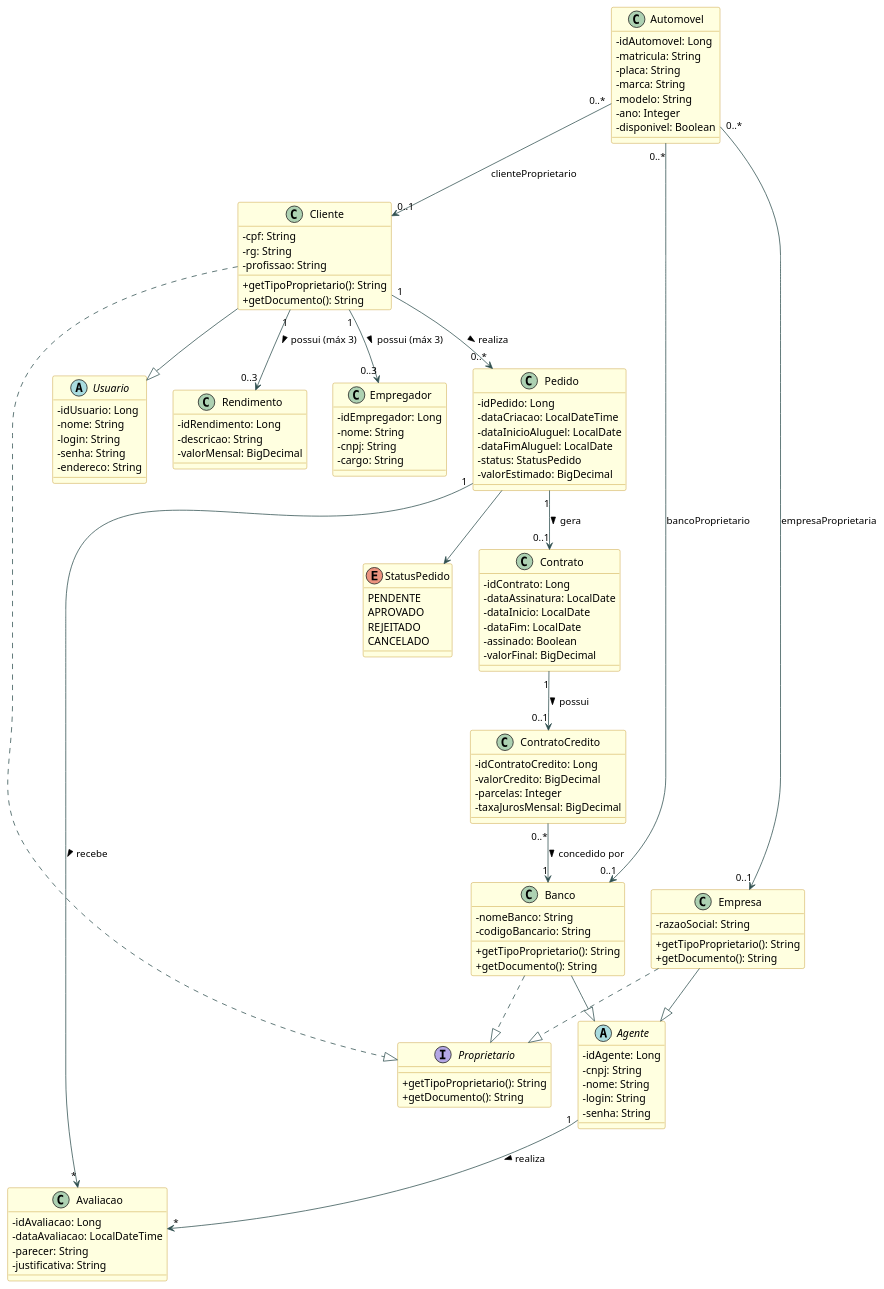
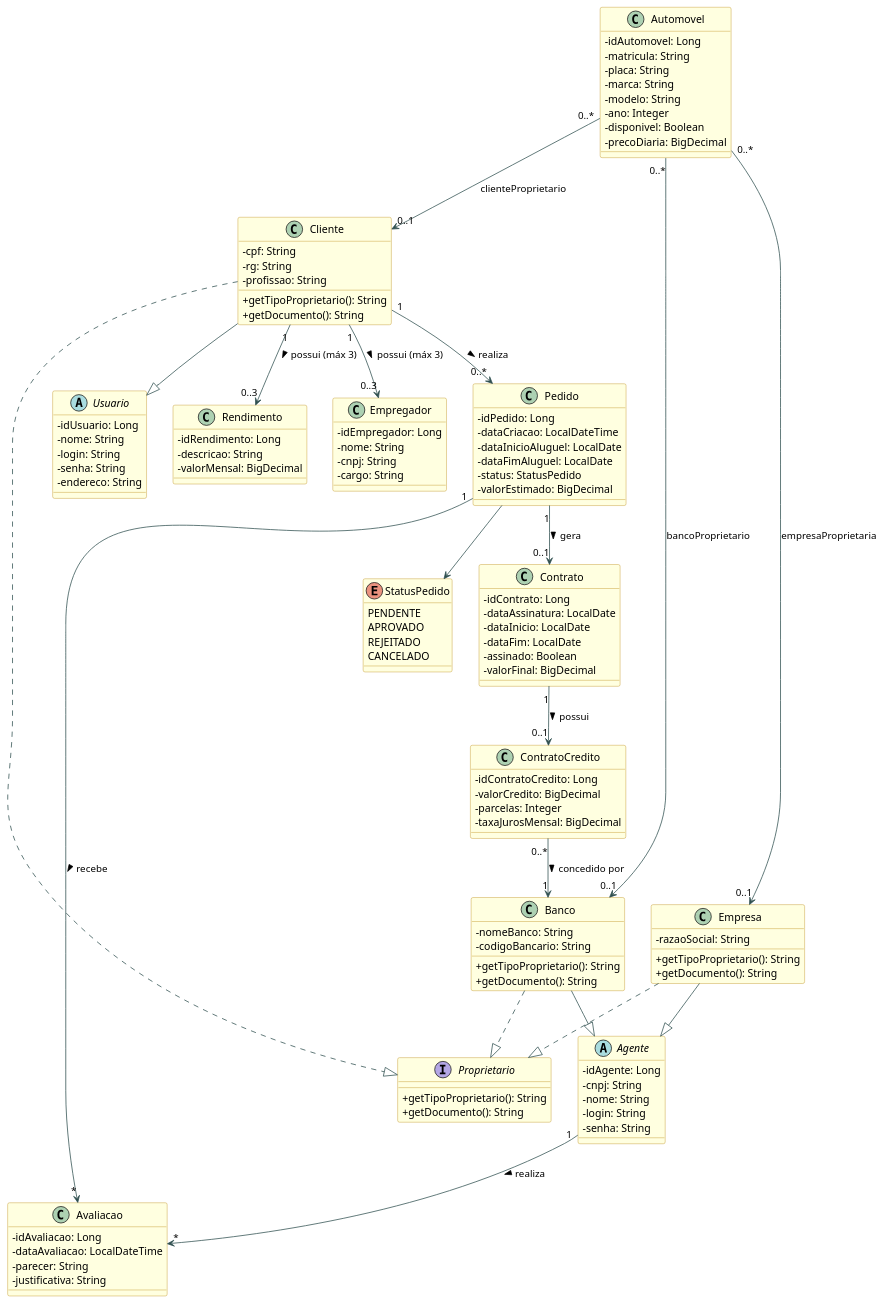
Before and after one commit to arthurcbretas/Sistema_de_Aluguel_de_Carros: the diagram in docs/uml/diagrama-classes.puml, drawn with PlantUML. The commit also changed 25 other files, not shown here.

```diff
--- a/docs/uml/diagrama-classes.puml
+++ b/docs/uml/diagrama-classes.puml
@@ -1,144 +1,145 @@
 @startuml DiagramaClasses
 skinparam classAttributeIconSize 0
 skinparam class {
   BackgroundColor LightYellow
   BorderColor DarkGoldenRod
   ArrowColor DarkSlateGray
 }
 
 '── Enum ──────────────────────────────────────────────────────────────
 enum StatusPedido {
   PENDENTE
   APROVADO
   REJEITADO
   CANCELADO
 }
 
 '── Interface ─────────────────────────────────────────────────────────
 interface Proprietario {
   +getTipoProprietario(): String
   +getDocumento(): String
 }
 
 '── Hierarquia Usuario (JOINED) ───────────────────────────────────────
 abstract class Usuario {
   -idUsuario: Long
   -nome: String
   -login: String
   -senha: String
   -endereco: String
 }
 
 class Cliente {
   -cpf: String
   -rg: String
   -profissao: String
   +getTipoProprietario(): String
   +getDocumento(): String
 }
 Cliente --|> Usuario
 Cliente ..|> Proprietario
 
 '── Hierarquia Agente (JOINED) ────────────────────────────────────────
 abstract class Agente {
   -idAgente: Long
   -cnpj: String
   -nome: String
   -login: String
   -senha: String
 }
 
 class Empresa {
   -razaoSocial: String
   +getTipoProprietario(): String
   +getDocumento(): String
 }
 class Banco {
   -nomeBanco: String
   -codigoBancario: String
   +getTipoProprietario(): String
   +getDocumento(): String
 }
 Empresa --|> Agente
 Banco   --|> Agente
 Empresa ..|> Proprietario
 Banco   ..|> Proprietario
 
 '── Pedido / Contrato ─────────────────────────────────────────────────
 class Pedido {
   -idPedido: Long
   -dataCriacao: LocalDateTime
   -dataInicioAluguel: LocalDate
   -dataFimAluguel: LocalDate
   -status: StatusPedido
   -valorEstimado: BigDecimal
 }
 
 class Contrato {
   -idContrato: Long
   -dataAssinatura: LocalDate
   -dataInicio: LocalDate
   -dataFim: LocalDate
   -assinado: Boolean
   -valorFinal: BigDecimal
 }
 
 class ContratoCredito {
   -idContratoCredito: Long
   -valorCredito: BigDecimal
   -parcelas: Integer
   -taxaJurosMensal: BigDecimal
 }
 
 '── Avaliação ─────────────────────────────────────────────────────────
 class Avaliacao {
   -idAvaliacao: Long
   -dataAvaliacao: LocalDateTime
   -parecer: String
   -justificativa: String
 }
 
 '── Automóvel ─────────────────────────────────────────────────────────
 class Automovel {
   -idAutomovel: Long
   -matricula: String
   -placa: String
   -marca: String
   -modelo: String
   -ano: Integer
   -disponivel: Boolean
+  -precoDiaria: BigDecimal
   ' três FKs nullable (apenas uma preenchida)
 }
 
 '── Rendimento / Empregador ───────────────────────────────────────────
 class Rendimento {
   -idRendimento: Long
   -descricao: String
   -valorMensal: BigDecimal
 }
 
 class Empregador {
   -idEmpregador: Long
   -nome: String
   -cnpj: String
   -cargo: String
 }
 
 '── Relacionamentos ───────────────────────────────────────────────────
 Cliente "1" --> "0..*" Pedido         : realiza >
 Cliente "1" --> "0..3" Rendimento     : possui (máx 3) >
 Cliente "1" --> "0..3" Empregador     : possui (máx 3) >
 
 Pedido  "1" --> "0..1" Contrato       : gera >
 Pedido  "1" --> "*"    Avaliacao      : recebe >
 Agente  "1" --> "*"    Avaliacao      : realiza >
 Contrato "1" --> "0..1" ContratoCredito : possui >
 ContratoCredito "0..*" --> "1" Banco  : concedido por >
 
 Automovel "0..*" --> "0..1" Cliente   : clienteProprietario
 Automovel "0..*" --> "0..1" Empresa   : empresaProprietaria
 Automovel "0..*" --> "0..1" Banco     : bancoProprietario
 
 Pedido --> StatusPedido
 
 @enduml
```
